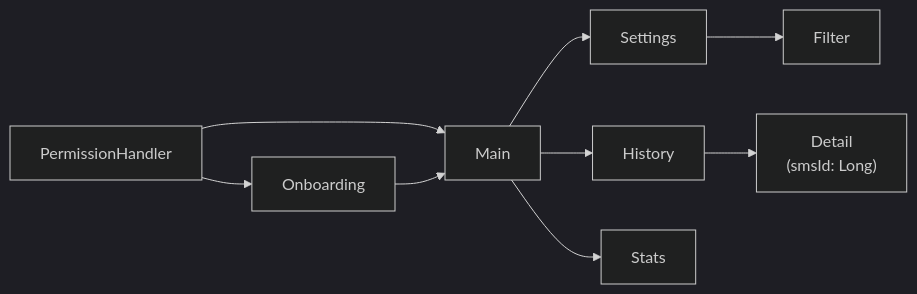
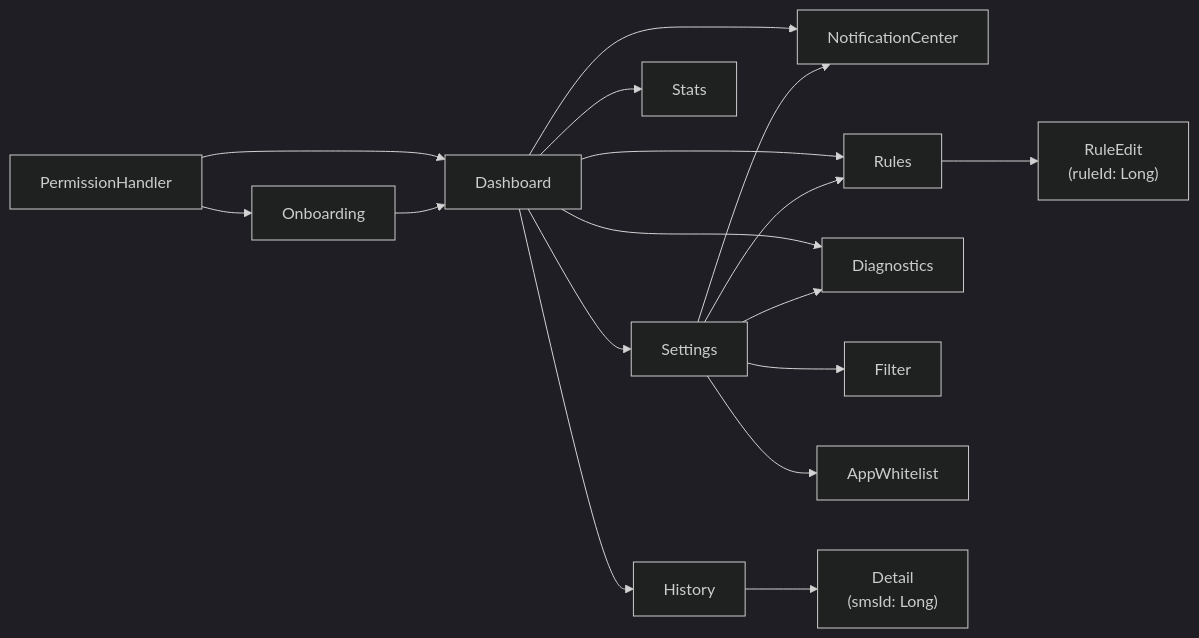
One commit to ronylicha/SMS-Forwarder changed the second of 4 diagrams in docs/ARCHITECTURE.md. Above: the diagram before and after it, drawn with Mermaid (dark theme). The commit also changed other lines of this file and 16 other files, not shown here.

````diff
--- a/docs/ARCHITECTURE.md
+++ b/docs/ARCHITECTURE.md
@@ -373,11 +539,19 @@
 ```mermaid
 graph LR
     PERM[PermissionHandler] --> ONB[Onboarding]
-    PERM --> MAIN[Main]
-    ONB --> MAIN
-    MAIN --> SETTINGS[Settings]
-    MAIN --> HISTORY[History]
-    MAIN --> STATS[Stats]
+    PERM --> DASH[Dashboard]
+    ONB --> DASH
+    DASH --> NOTIF[NotificationCenter]
+    DASH --> RULES[Rules]
+    DASH --> HISTORY[History]
+    DASH --> DIAG[Diagnostics]
+    DASH --> STATS[Stats]
+    DASH --> SETTINGS[Settings]
     SETTINGS --> FILTER[Filter]
-    HISTORY --> DETAIL["Detail\n(smsId: Long)"]
+    SETTINGS --> AWL[AppWhitelist]
+    SETTINGS --> RULES
+    SETTINGS --> DIAG
+    SETTINGS --> NOTIF
+    RULES --> REDIT["RuleEdit<br/>(ruleId: Long)"]
+    HISTORY --> DETAIL["Detail<br/>(smsId: Long)"]
 ```
````
